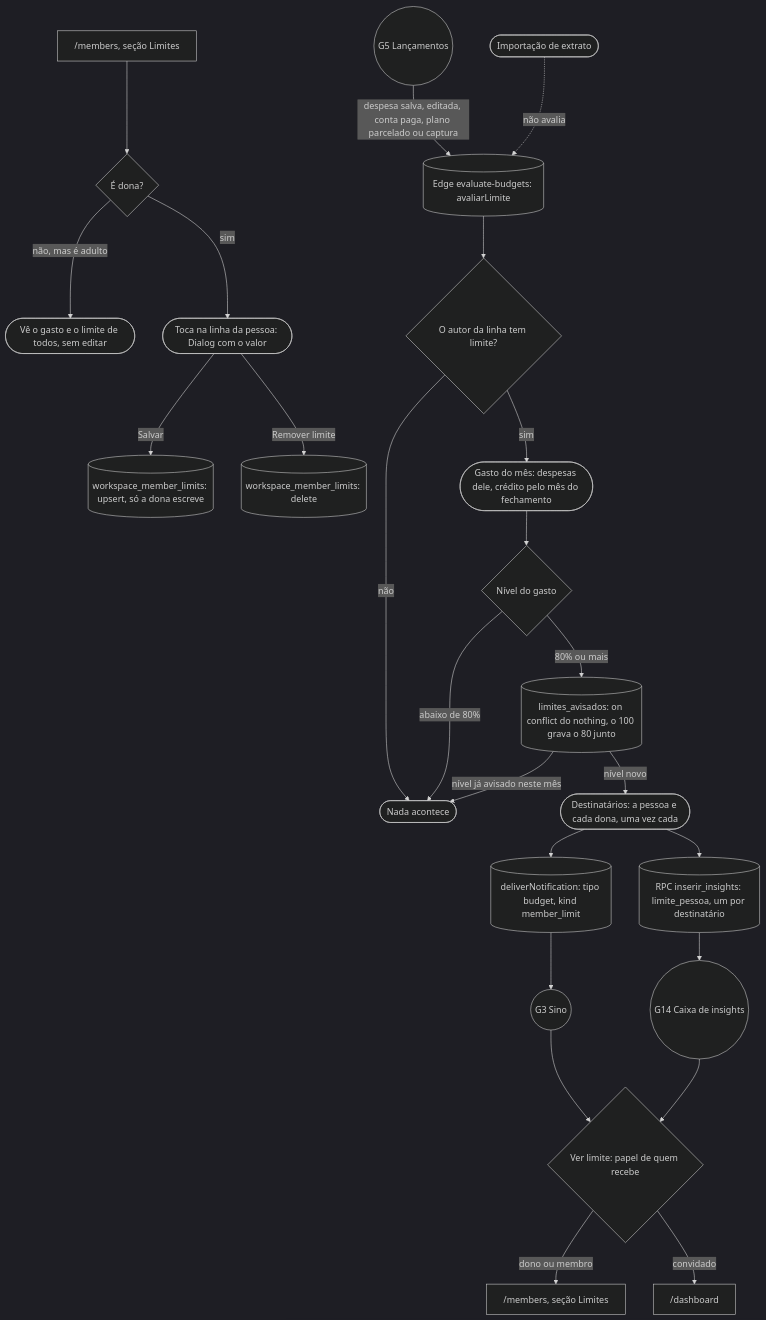
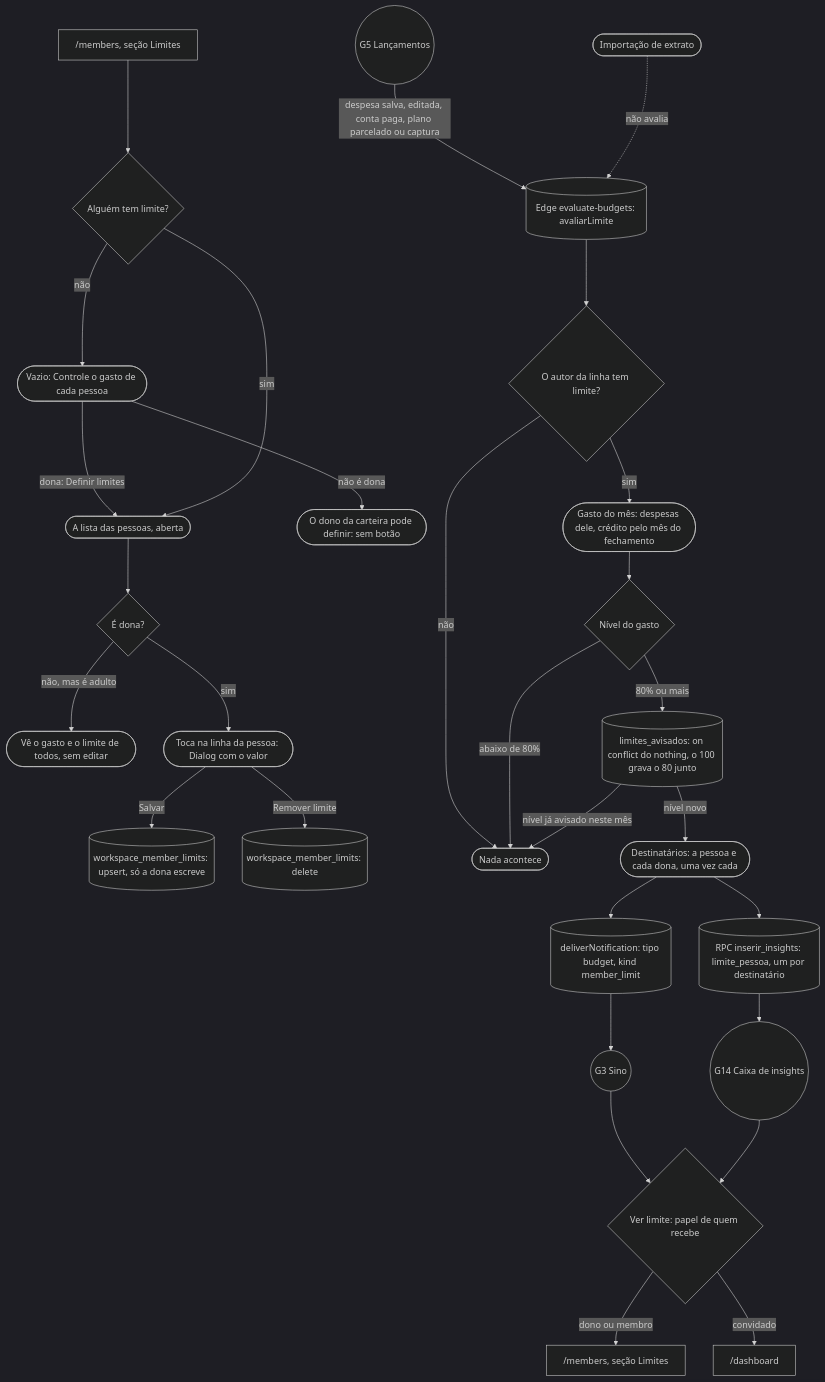
Before and after one commit to kauax2000/finance_app: diagram 24 of 32 in docs/JORNADAS.md, drawn with Mermaid. The commit also changed other lines of this file and 4 other files, not shown here.

Commit message:
feat(membros): Limites com o vazio como convite e a lista em largura cheia

````diff
--- a/docs/JORNADAS.md
+++ b/docs/JORNADAS.md
@@ -1750,28 +1750,33 @@
 ```mermaid
 %%{init: {"theme": "dark"}}%%
 flowchart TD
-    members["/members, seção Limites"] --> isOwner{"É dona?"}
+    members["/members, seção Limites"] --> temAlgum{"Alguém tem limite?"}
+    temAlgum -->|"não"| convite(["Vazio: Controle o gasto de cada pessoa"])
+    convite -->|"dona: Definir limites"| lista(["A lista das pessoas, aberta"])
+    convite -->|"não é dona"| semAcao(["O dono da carteira pode definir: sem botão"])
+    temAlgum -->|"sim"| lista
+    lista --> isOwner{"É dona?"}
     isOwner -->|"não, mas é adulto"| leitura(["Vê o gasto e o limite de todos, sem editar"])
     isOwner -->|"sim"| formLim(["Toca na linha da pessoa: Dialog com o valor"])
     formLim -->|"Salvar"| grava[("workspace_member_limits: upsert, só a dona escreve")]
     formLim -->|"Remover limite"| tira[("workspace_member_limits: delete")]
 
     G5(("G5 Lançamentos")) -->|"despesa salva, editada, conta paga, plano parcelado ou captura"| avalia[("Edge evaluate-budgets: avaliarLimite")]
     imp(["Importação de extrato"]) -.->|"não avalia"| avalia
     avalia --> temLim{"O autor da linha tem limite?"}
     temLim -->|"não"| nada(["Nada acontece"])
     temLim -->|"sim"| gasto(["Gasto do mês: despesas dele, crédito pelo mês do fechamento"])
     gasto --> nivel{"Nível do gasto"}
     nivel -->|"abaixo de 80%"| nada
     nivel -->|"80% ou mais"| reivindica[("limites_avisados: on conflict do nothing, o 100 grava o 80 junto")]
     reivindica -->|"nível já avisado neste mês"| nada
     reivindica -->|"nível novo"| quem(["Destinatários: a pessoa e cada dona, uma vez cada"])
     quem --> insight[("RPC inserir_insights: limite_pessoa, um por destinatário")]
     quem --> notif[("deliverNotification: tipo budget, kind member_limit")]
     insight --> caixa(("G14 Caixa de insights"))
     notif --> sino(("G3 Sino"))
     sino --> destino{"Ver limite: papel de quem recebe"}
     caixa --> destino
     destino -->|"dono ou membro"| lim["/members, seção Limites"]
     destino -->|"convidado"| dash["/dashboard"]
 ```
````
